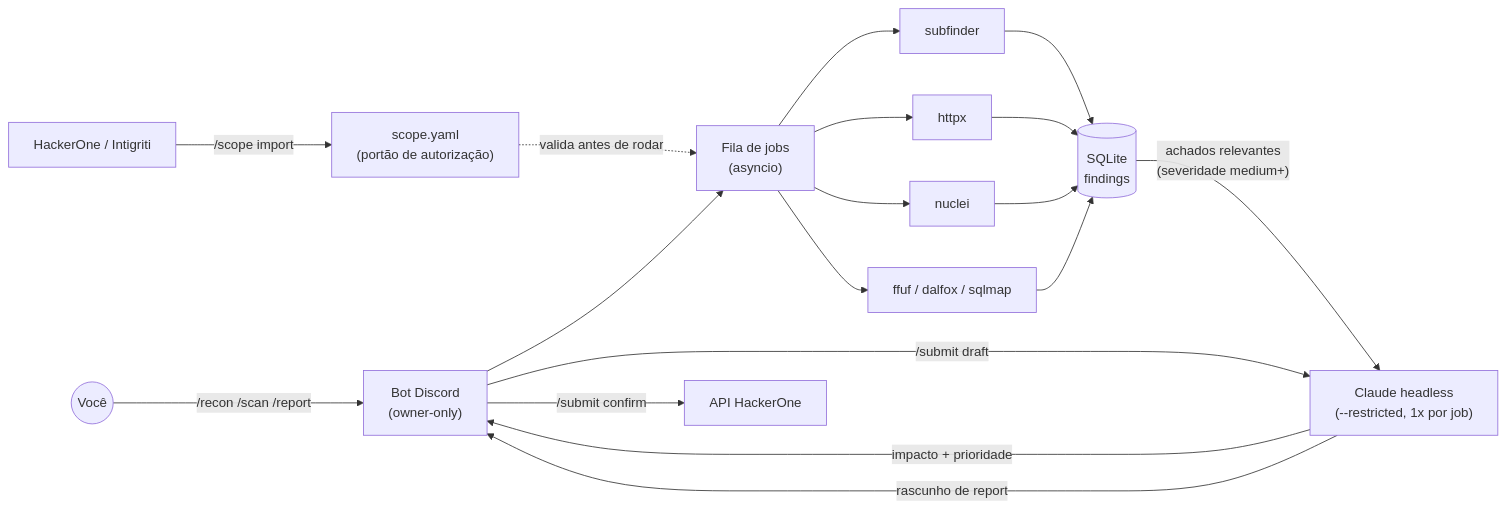
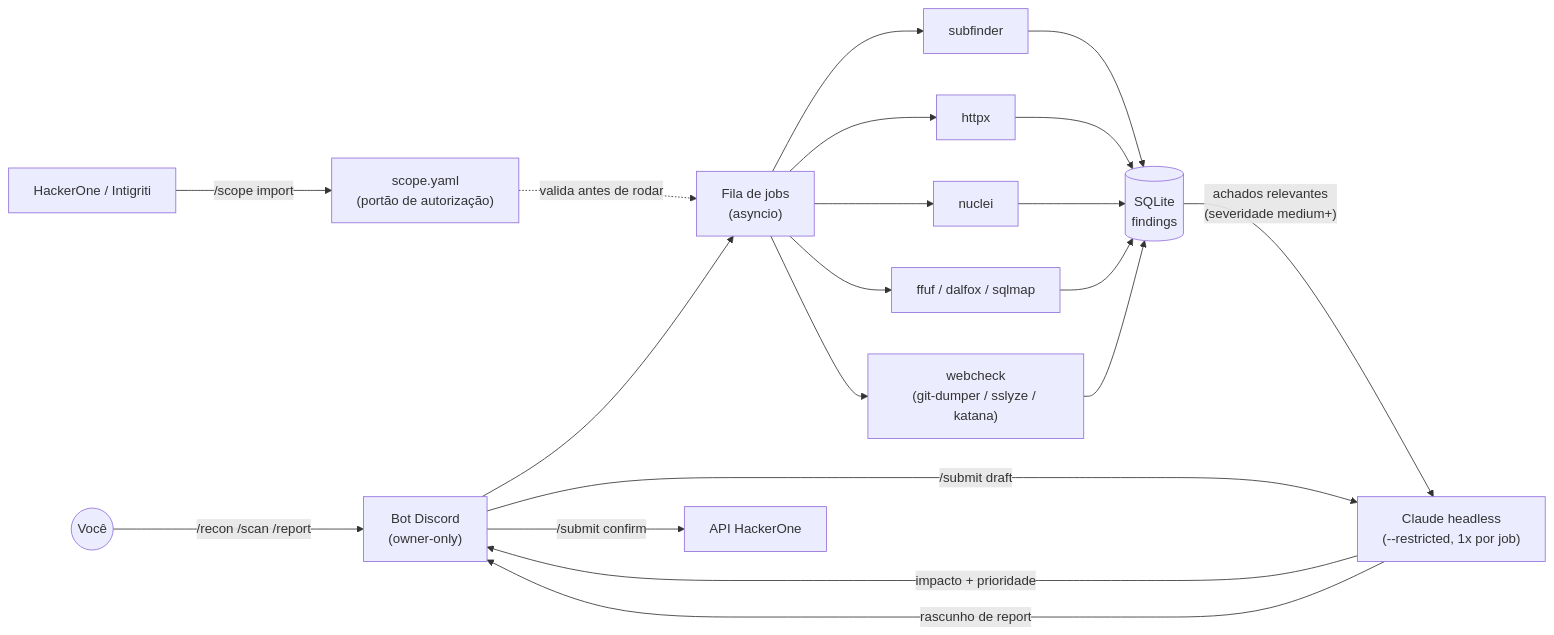
One commit to gshell0st/megatron changed the diagram in README.md. Above: the diagram before and after it, drawn with Mermaid. The commit also changed other lines of this file and 12 other files, not shown here.

````diff
--- a/README.md
+++ b/README.md
@@ -44,25 +48,27 @@
 ```mermaid
 flowchart LR
     You(("Você")) -->|"/recon /scan /report"| Bot["Bot Discord\n(owner-only)"]
     Bot --> Queue["Fila de jobs\n(asyncio)"]
     Scope["scope.yaml\n(portão de autorização)"] -.valida antes de rodar.-> Queue
 
     Queue --> T1["subfinder"]
     Queue --> T2["httpx"]
     Queue --> T3["nuclei"]
     Queue --> T4["ffuf / dalfox / sqlmap"]
+    Queue --> T5["webcheck\n(git-dumper / sslyze / katana)"]
 
     T1 --> DB[("SQLite\nfindings")]
     T2 --> DB
     T3 --> DB
     T4 --> DB
+    T5 --> DB
 
     DB -->|"achados relevantes\n(severidade medium+)"| Claude["Claude headless\n(--restricted, 1x por job)"]
     Claude -->|"impacto + prioridade"| Bot
 
     Bot -->|"/submit draft"| Claude
     Claude -->|"rascunho de report"| Bot
     Bot -->|"/submit confirm"| H1["API HackerOne"]
 
     Plat["HackerOne / Intigriti"] -->|"/scope import"| Scope
 ```
````
